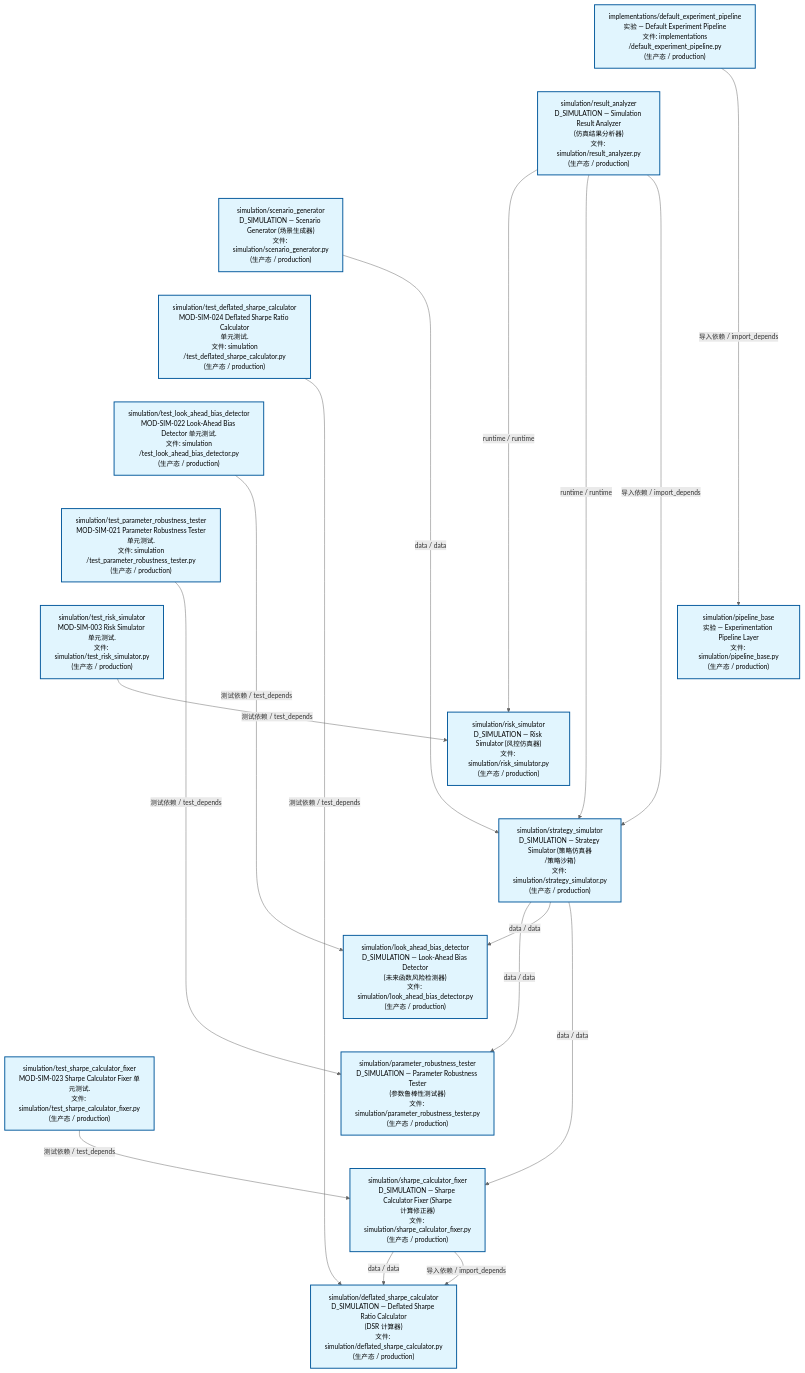
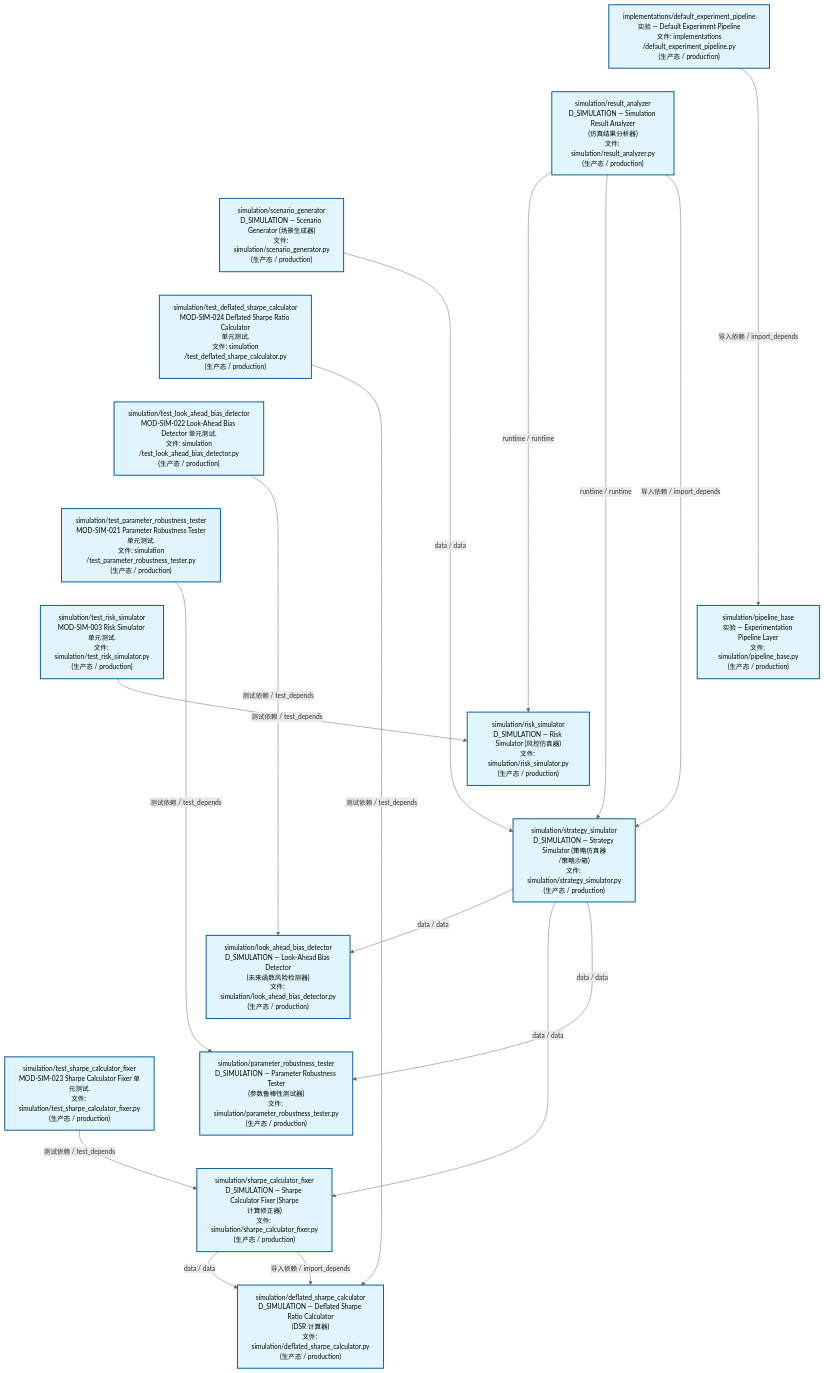
Before and after one commit to xuanFelixVan/ZephyrAlpha: the second of 3 diagrams in docs/02_enterprise_architecture/02_domain_architecture_docs/70_d_simulation.md, drawn with Mermaid. The commit also changed other lines of this file and 50 other files, not shown here.

````diff
--- a/docs/02_enterprise_architecture/02_domain_architecture_docs/70_d_simulation.md
+++ b/docs/02_enterprise_architecture/02_domain_architecture_docs/70_d_simulation.md
@@ -120,50 +120,50 @@
 ```mermaid
 %%{init: {'theme': 'base', 'themeVariables': {'primaryColor': '#eaeaea', 'primaryTextColor': '#333333', 'primaryBorderColor': '#666666', 'lineColor': '#666666', 'secondaryColor': '#eaeaea', 'tertiaryColor': '#eaeaea', 'fontSize': '14px'}}}%%
 flowchart TD
     src_zephyr_simulation_implementations_default_experiment_pipeline_py["implementations/default_experiment_pipeline<br/>实验 — Default Experiment Pipeline<br/>文件: implementations<br/>/default_experiment_pipeline.py<br/>(生产态 / production)"]
     src_zephyr_simulation_result_analyzer_py["simulation/result_analyzer<br/>D_SIMULATION — Simulation Result Analyzer<br/>(仿真结果分析器)<br/>文件: simulation/result_analyzer.py<br/>(生产态 / production)"]
     src_zephyr_simulation_scenario_generator_py["simulation/scenario_generator<br/>D_SIMULATION — Scenario Generator (场景生成器)<br/>文件: simulation/scenario_generator.py<br/>(生产态 / production)"]
     tests_simulation_test_deflated_sharpe_calculator_py["simulation/test_deflated_sharpe_calculator<br/>MOD-SIM-024 Deflated Sharpe Ratio Calculator<br/>单元测试.<br/>文件: simulation<br/>/test_deflated_sharpe_calculator.py<br/>(生产态 / production)"]
     tests_simulation_test_look_ahead_bias_detector_py["simulation/test_look_ahead_bias_detector<br/>MOD-SIM-022 Look-Ahead Bias Detector 单元测试.<br/>文件: simulation<br/>/test_look_ahead_bias_detector.py<br/>(生产态 / production)"]
     tests_simulation_test_parameter_robustness_tester_py["simulation/test_parameter_robustness_tester<br/>MOD-SIM-021 Parameter Robustness Tester<br/>单元测试.<br/>文件: simulation<br/>/test_parameter_robustness_tester.py<br/>(生产态 / production)"]
     tests_simulation_test_risk_simulator_py["simulation/test_risk_simulator<br/>MOD-SIM-003 Risk Simulator 单元测试.<br/>文件: simulation/test_risk_simulator.py<br/>(生产态 / production)"]
     tests_simulation_test_sharpe_calculator_fixer_py["simulation/test_sharpe_calculator_fixer<br/>MOD-SIM-023 Sharpe Calculator Fixer 单元测试.<br/>文件: simulation/test_sharpe_calculator_fixer.py<br/>(生产态 / production)"]
     src_zephyr_simulation_implementations_default_experiment_pipeline_py ~~~ src_zephyr_simulation_result_analyzer_py
     src_zephyr_simulation_result_analyzer_py ~~~ src_zephyr_simulation_scenario_generator_py
     src_zephyr_simulation_scenario_generator_py ~~~ tests_simulation_test_deflated_sharpe_calculator_py
     tests_simulation_test_deflated_sharpe_calculator_py ~~~ tests_simulation_test_look_ahead_bias_detector_py
     tests_simulation_test_look_ahead_bias_detector_py ~~~ tests_simulation_test_parameter_robustness_tester_py
     tests_simulation_test_parameter_robustness_tester_py ~~~ tests_simulation_test_risk_simulator_py
     tests_simulation_test_risk_simulator_py ~~~ tests_simulation_test_sharpe_calculator_fixer_py
     src_zephyr_simulation_pipeline_base_py["simulation/pipeline_base<br/>实验 — Experimentation Pipeline Layer<br/>文件: simulation/pipeline_base.py<br/>(生产态 / production)"]
     src_zephyr_simulation_risk_simulator_py["simulation/risk_simulator<br/>D_SIMULATION — Risk Simulator (风控仿真器)<br/>文件: simulation/risk_simulator.py<br/>(生产态 / production)"]
     src_zephyr_simulation_strategy_simulator_py["simulation/strategy_simulator<br/>D_SIMULATION — Strategy Simulator (策略仿真器<br/>/策略沙箱)<br/>文件: simulation/strategy_simulator.py<br/>(生产态 / production)"]
     src_zephyr_simulation_pipeline_base_py ~~~ src_zephyr_simulation_risk_simulator_py
     src_zephyr_simulation_risk_simulator_py ~~~ src_zephyr_simulation_strategy_simulator_py
     src_zephyr_simulation_look_ahead_bias_detector_py["simulation/look_ahead_bias_detector<br/>D_SIMULATION — Look-Ahead Bias Detector<br/>(未来函数风险检测器)<br/>文件: simulation/look_ahead_bias_detector.py<br/>(生产态 / production)"]
     src_zephyr_simulation_parameter_robustness_tester_py["simulation/parameter_robustness_tester<br/>D_SIMULATION — Parameter Robustness Tester<br/>(参数鲁棒性测试器)<br/>文件: simulation/parameter_robustness_tester.py<br/>(生产态 / production)"]
     src_zephyr_simulation_sharpe_calculator_fixer_py["simulation/sharpe_calculator_fixer<br/>D_SIMULATION — Sharpe Calculator Fixer (Sharpe<br/>计算修正器)<br/>文件: simulation/sharpe_calculator_fixer.py<br/>(生产态 / production)"]
     src_zephyr_simulation_look_ahead_bias_detector_py ~~~ src_zephyr_simulation_parameter_robustness_tester_py
     src_zephyr_simulation_parameter_robustness_tester_py ~~~ src_zephyr_simulation_sharpe_calculator_fixer_py
     src_zephyr_simulation_deflated_sharpe_calculator_py["simulation/deflated_sharpe_calculator<br/>D_SIMULATION — Deflated Sharpe Ratio Calculator<br/>(DSR 计算器)<br/>文件: simulation/deflated_sharpe_calculator.py<br/>(生产态 / production)"]
     src_zephyr_simulation_scenario_generator_py -->|data / data| src_zephyr_simulation_strategy_simulator_py
+    src_zephyr_simulation_sharpe_calculator_fixer_py -->|data / data| src_zephyr_simulation_deflated_sharpe_calculator_py
+    src_zephyr_simulation_sharpe_calculator_fixer_py -->|导入依赖 / import_depends| src_zephyr_simulation_deflated_sharpe_calculator_py
     src_zephyr_simulation_result_analyzer_py -->|runtime / runtime| src_zephyr_simulation_risk_simulator_py
     src_zephyr_simulation_result_analyzer_py -->|runtime / runtime| src_zephyr_simulation_strategy_simulator_py
     src_zephyr_simulation_result_analyzer_py -->|导入依赖 / import_depends| src_zephyr_simulation_strategy_simulator_py
-    src_zephyr_simulation_strategy_simulator_py -->|data / data| src_zephyr_simulation_parameter_robustness_tester_py
     src_zephyr_simulation_strategy_simulator_py -->|data / data| src_zephyr_simulation_look_ahead_bias_detector_py
     src_zephyr_simulation_strategy_simulator_py -->|data / data| src_zephyr_simulation_sharpe_calculator_fixer_py
+    src_zephyr_simulation_strategy_simulator_py -->|data / data| src_zephyr_simulation_parameter_robustness_tester_py
     src_zephyr_simulation_implementations_default_experiment_pipeline_py -->|导入依赖 / import_depends| src_zephyr_simulation_pipeline_base_py
-    src_zephyr_simulation_sharpe_calculator_fixer_py -->|data / data| src_zephyr_simulation_deflated_sharpe_calculator_py
-    src_zephyr_simulation_sharpe_calculator_fixer_py -->|导入依赖 / import_depends| src_zephyr_simulation_deflated_sharpe_calculator_py
     tests_simulation_test_look_ahead_bias_detector_py -->|测试依赖 / test_depends| src_zephyr_simulation_look_ahead_bias_detector_py
     tests_simulation_test_parameter_robustness_tester_py -->|测试依赖 / test_depends| src_zephyr_simulation_parameter_robustness_tester_py
     tests_simulation_test_deflated_sharpe_calculator_py -->|测试依赖 / test_depends| src_zephyr_simulation_deflated_sharpe_calculator_py
     tests_simulation_test_risk_simulator_py -->|测试依赖 / test_depends| src_zephyr_simulation_risk_simulator_py
     tests_simulation_test_sharpe_calculator_fixer_py -->|测试依赖 / test_depends| src_zephyr_simulation_sharpe_calculator_fixer_py
     classDef production fill:#e1f5fe,stroke:#01579b,stroke-width:2px,color:#000
     classDef design fill:#fff3e0,stroke:#e65100,stroke-width:2px,color:#000,stroke-dasharray: 5 5
     classDef external_prod fill:#e8f4fd,stroke:#0277bd,stroke-width:1px,color:#000
     classDef external_design fill:#fff8e7,stroke:#ef6c00,stroke-width:1px,color:#000,stroke-dasharray: 5 5
     class src_zephyr_simulation_deflated_sharpe_calculator_py,src_zephyr_simulation_implementations_default_experiment_pipeline_py,src_zephyr_simulation_look_ahead_bias_detector_py,src_zephyr_simulation_parameter_robustness_tester_py,src_zephyr_simulation_pipeline_base_py,src_zephyr_simulation_result_analyzer_py,src_zephyr_simulation_risk_simulator_py,src_zephyr_simulation_scenario_generator_py,src_zephyr_simulation_sharpe_calculator_fixer_py,src_zephyr_simulation_strategy_simulator_py,tests_simulation_test_deflated_sharpe_calculator_py,tests_simulation_test_look_ahead_bias_detector_py,tests_simulation_test_parameter_robustness_tester_py,tests_simulation_test_risk_simulator_py,tests_simulation_test_sharpe_calculator_fixer_py production
 ```
````
